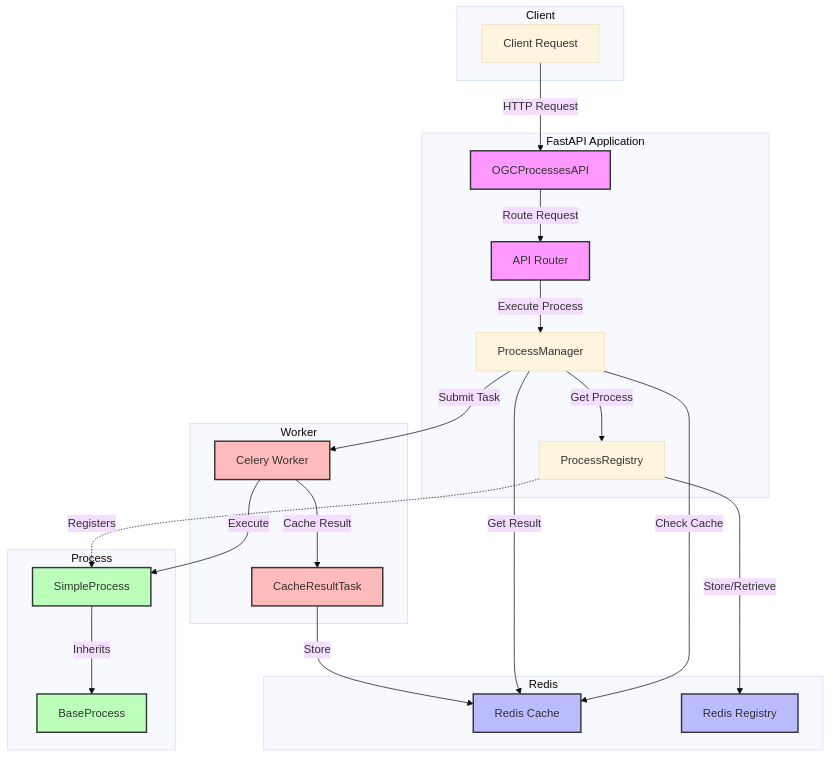
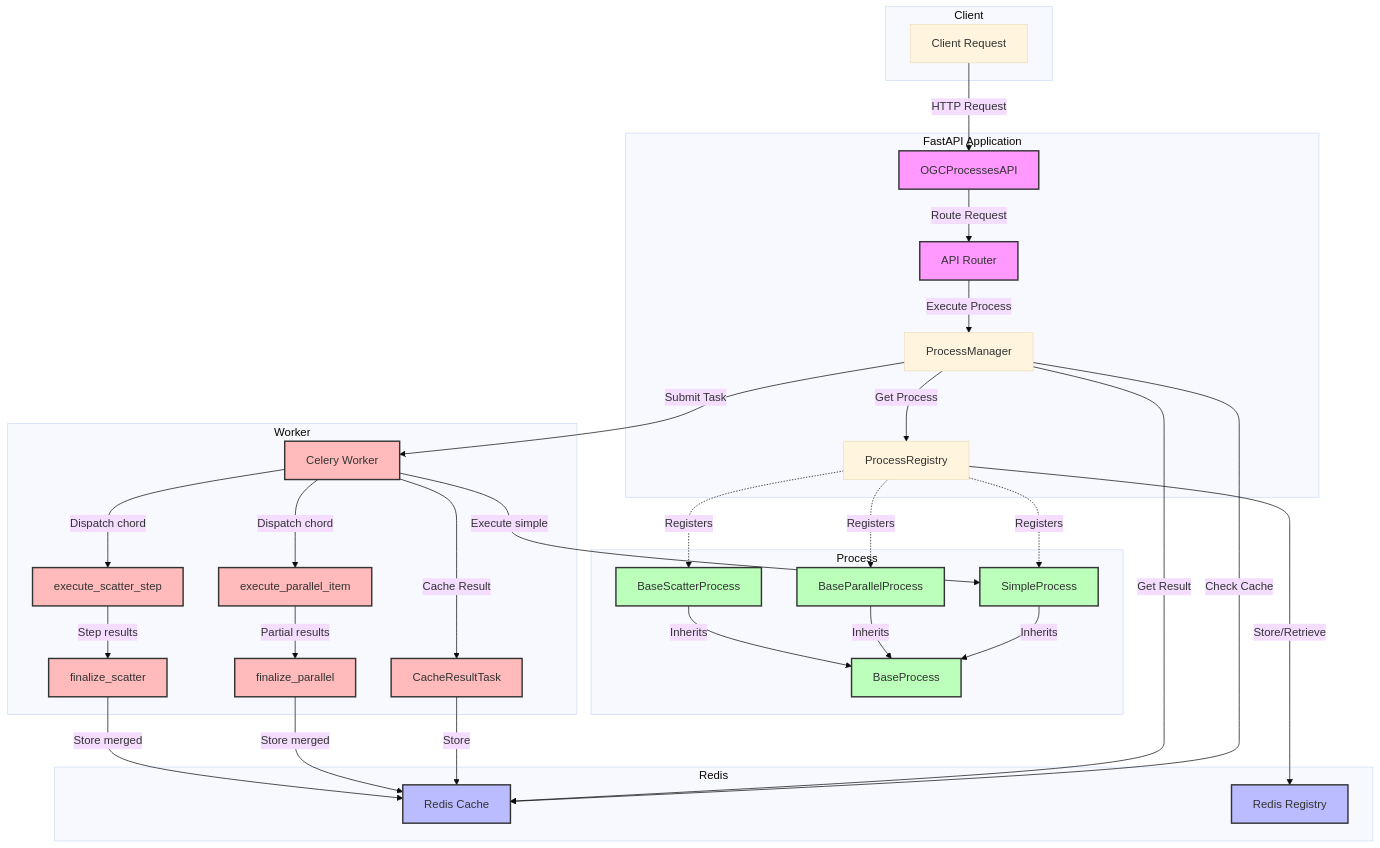
The first of 2 diagrams in README.md (StefanSchuhart/fastProcesses), drawn with Mermaid (base theme) before and after one commit. The commit also changed other lines of this file, not shown here.

````diff
--- a/README.md
+++ b/README.md
@@ -29,60 +32,80 @@
 ```mermaid
 graph TB
     subgraph Client
         CLI[Client Request]
     end
 
     subgraph FastAPI Application
         API[OGCProcessesAPI]
         Router[API Router]
         PM[ProcessManager]
         PR[ProcessRegistry]
     end
 
     subgraph Redis
         RC[Redis Cache]
         RR[Redis Registry]
     end
 
     subgraph Process
         BP[BaseProcess]
         SP[SimpleProcess]
+        BPP[BaseParallelProcess]
+        BSP[BaseScatterProcess]
     end
 
     subgraph Worker
         CW[Celery Worker]
         CT[CacheResultTask]
+        EPI[execute_parallel_item]
+        ESS[execute_scatter_step]
+        FP[finalize_parallel]
+        FS[finalize_scatter]
     end
 
     %% Client interactions
     CLI -->|HTTP Request| API
     API -->|Route Request| Router
     Router -->|Execute Process| PM
 
     %% Process Manager flow
     PM -->|Get Process| PR
     PM -->|Check Cache| RC
     PM -->|Submit Task| CW
     PM -->|Get Result| RC
 
     %% Process Registry
     PR -->|Store/Retrieve| RR
     PR -.->|Registers| SP
+    PR -.->|Registers| BPP
+    PR -.->|Registers| BSP
     SP -->|Inherits| BP
+    BPP -->|Inherits| BP
+    BSP -->|Inherits| BP
 
-    %% Worker flow
-    CW -->|Execute| SP
+    %% Worker flow — simple
+    CW -->|Execute simple| SP
     CW -->|Cache Result| CT
     CT -->|Store| RC
+
+    %% Worker flow — parallel (chord)
+    CW -->|Dispatch chord| EPI
+    EPI -->|Partial results| FP
+    FP -->|Store merged| RC
+
+    %% Worker flow — scatter (chord)
+    CW -->|Dispatch chord| ESS
+    ESS -->|Step results| FS
+    FS -->|Store merged| RC
 
     %% Styling
     classDef api fill:#f9f,stroke:#333,stroke-width:2px
     classDef cache fill:#bbf,stroke:#333,stroke-width:2px
     classDef process fill:#bfb,stroke:#333,stroke-width:2px
     classDef worker fill:#fbb,stroke:#333,stroke-width:2px
 
     class API,Router api
     class RC,RR cache
-    class BP,SP process
-    class CW,CT worker
+    class BP,SP,BPP,BSP process
+    class CW,CT,EPI,ESS,FP,FS worker
 ```
````
